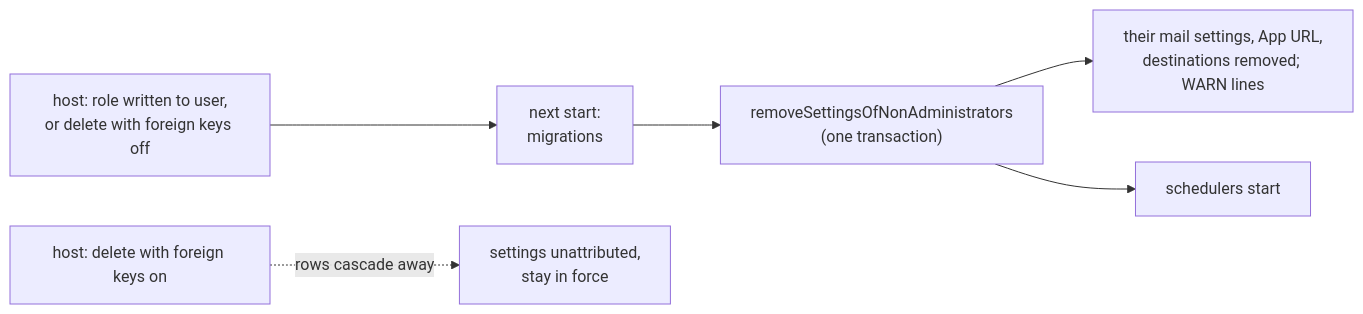
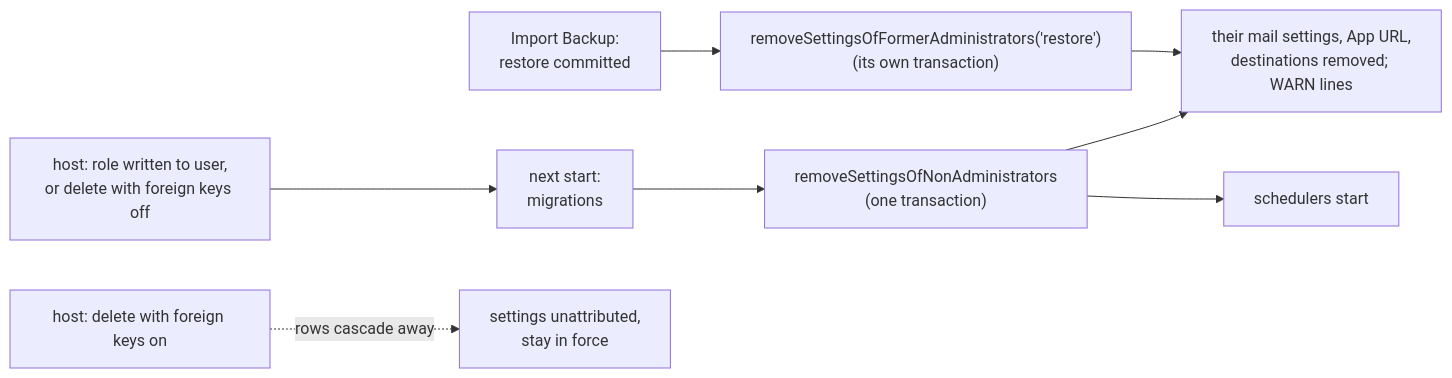
Diagram 18 of 35 in docs/authentication-security.md (gitBoon/DumpFire), drawn with Mermaid before and after one commit. The commit also changed other lines of this file and 12 other files, not shown here.

````diff
--- a/docs/authentication-security.md
+++ b/docs/authentication-security.md
@@ -2183,8 +2200,10 @@
 ```mermaid
 flowchart LR
     Host["host: role written to user,<br/>or delete with foreign keys off"] --> Start["next start:<br/>migrations"]
     Start --> Check["removeSettingsOfNonAdministrators<br/>(one transaction)"]
     Check --> Gone["their mail settings, App URL,<br/>destinations removed; WARN lines"]
     Check --> Sched["schedulers start"]
+    Import["Import Backup:<br/>restore committed"] --> After["removeSettingsOfFormerAdministrators('restore')<br/>(its own transaction)"]
+    After --> Gone
     Cascade["host: delete with foreign keys on"] -.->|"rows cascade away"| Stay["settings unattributed,<br/>stay in force"]
 ```
````
